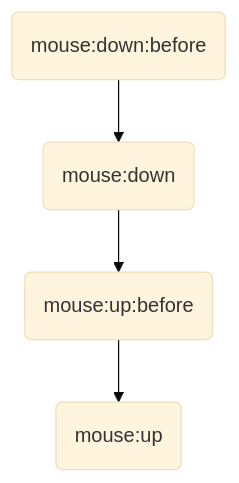
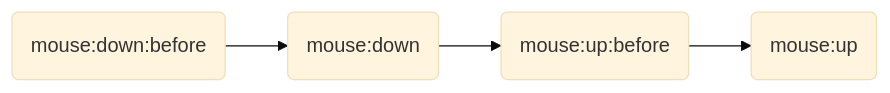
Before and after one commit to LiHowe/zhdocs: the first of 3 diagrams in posts/fabric/tutorial/event.md, drawn with Mermaid (base theme). The commit also changed other lines of this file and 5 other files, not shown here.

````diff
--- a/posts/fabric/tutorial/event.md
+++ b/posts/fabric/tutorial/event.md
@@ -93,5 +85,5 @@
 ```mermaid
-flowchart TD
+flowchart LR
 a(mouse:down:before) --> b(mouse:down)
 b --> c(mouse:up:before) --> d(mouse:up)
 ```
````
